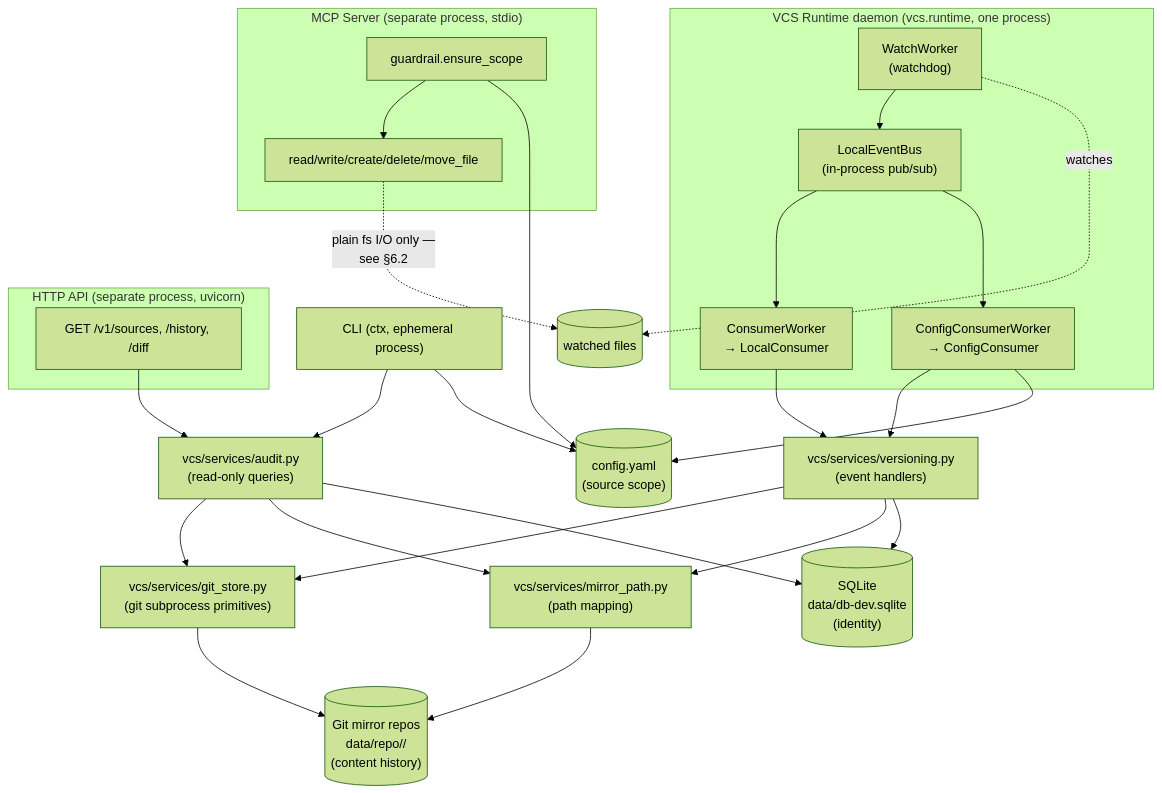
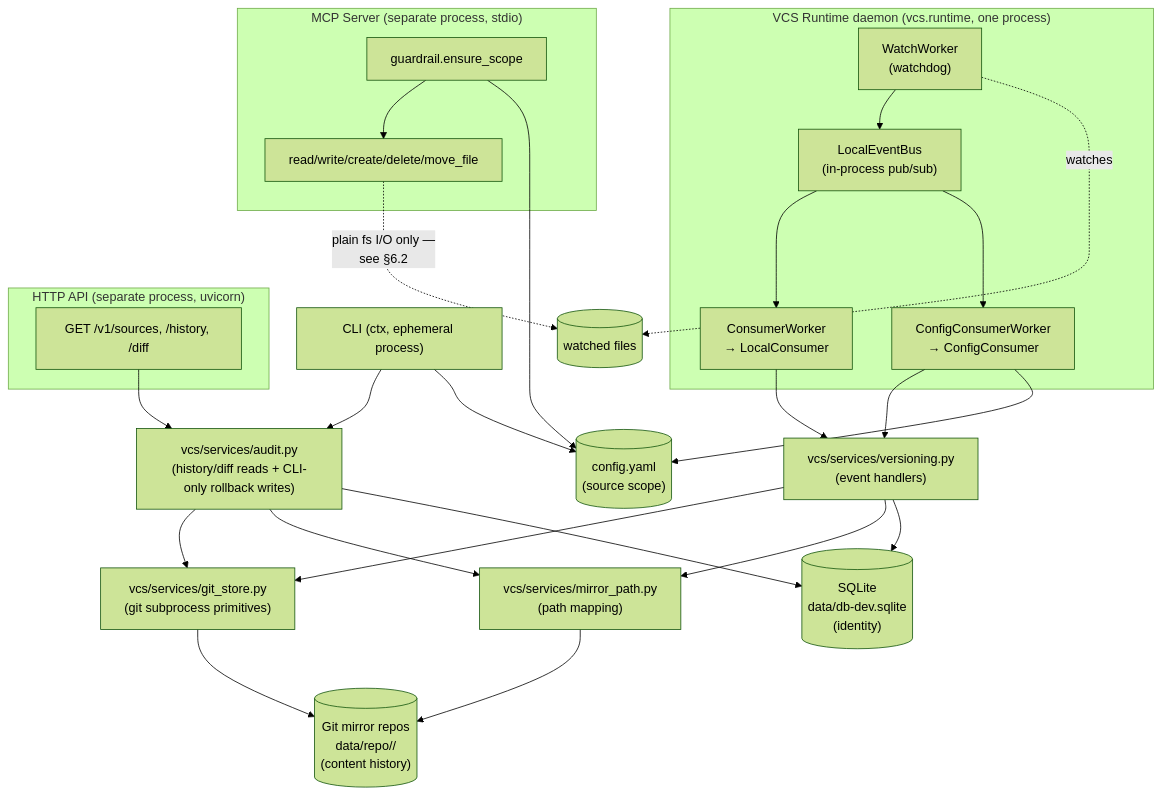
Before and after one commit to dDxCg/context-OS: the second of 5 diagrams in ARCHITECTURE.md, drawn with Mermaid (forest theme). The commit also changed other lines of this file and 12 other files, not shown here.

````diff
--- a/ARCHITECTURE.md
+++ b/ARCHITECTURE.md
@@ -56,51 +56,51 @@
 ```mermaid
 graph TB
     subgraph Runtime["VCS Runtime daemon (vcs.runtime, one process)"]
         Watch["WatchWorker\n(watchdog)"]
         Bus["LocalEventBus\n(in-process pub/sub)"]
         Cons["ConsumerWorker\n→ LocalConsumer"]
         CfgCons["ConfigConsumerWorker\n→ ConfigConsumer"]
         Watch --> Bus
         Bus --> Cons
         Bus --> CfgCons
     end
 
     subgraph MCP["MCP Server (separate process, stdio)"]
         Guard["guardrail.ensure_scope"]
         Tools["read/write/create/delete/move_file"]
         Guard --> Tools
     end
 
     subgraph API["HTTP API (separate process, uvicorn)"]
         Routes["GET /v1/sources, /history, /diff"]
     end
 
     CLI["CLI (ctx, ephemeral process)"]
 
     Versioning["vcs/services/versioning.py\n(event handlers)"]
-    Audit["vcs/services/audit.py\n(read-only queries)"]
+    Audit["vcs/services/audit.py\n(history/diff reads + CLI-only rollback writes)"]
     GitStore["vcs/services/git_store.py\n(git subprocess primitives)"]
     MirrorPath["vcs/services/mirror_path.py\n(path mapping)"]
 
     DB[("SQLite\ndata/db-dev.sqlite\n(identity)")]
     Mirrors[("Git mirror repos\ndata/repo/<target>/\n(content history)")]
     Config[("config.yaml\n(source scope)")]
 
     Cons --> Versioning
     CfgCons --> Versioning
     Tools -.->|"plain fs I/O only —\nsee §6.2"| FS2[("watched files")]
     Versioning --> GitStore
     Versioning --> MirrorPath
     Versioning --> DB
     Audit --> GitStore
     Audit --> MirrorPath
     Audit --> DB
     Routes --> Audit
     CLI --> Audit
     CLI --> Config
     Guard --> Config
     CfgCons --> Config
     GitStore --> Mirrors
     MirrorPath --> Mirrors
     Watch -.->|"watches"| FS2
 ```
````
